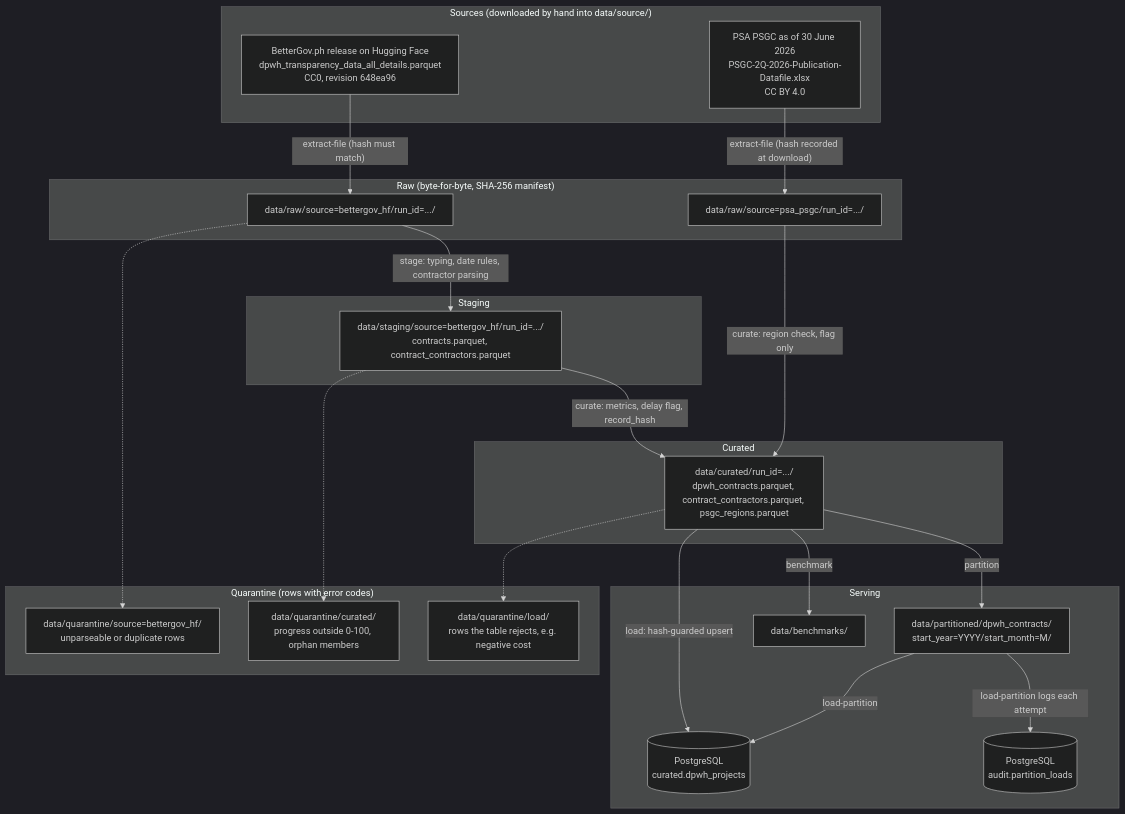
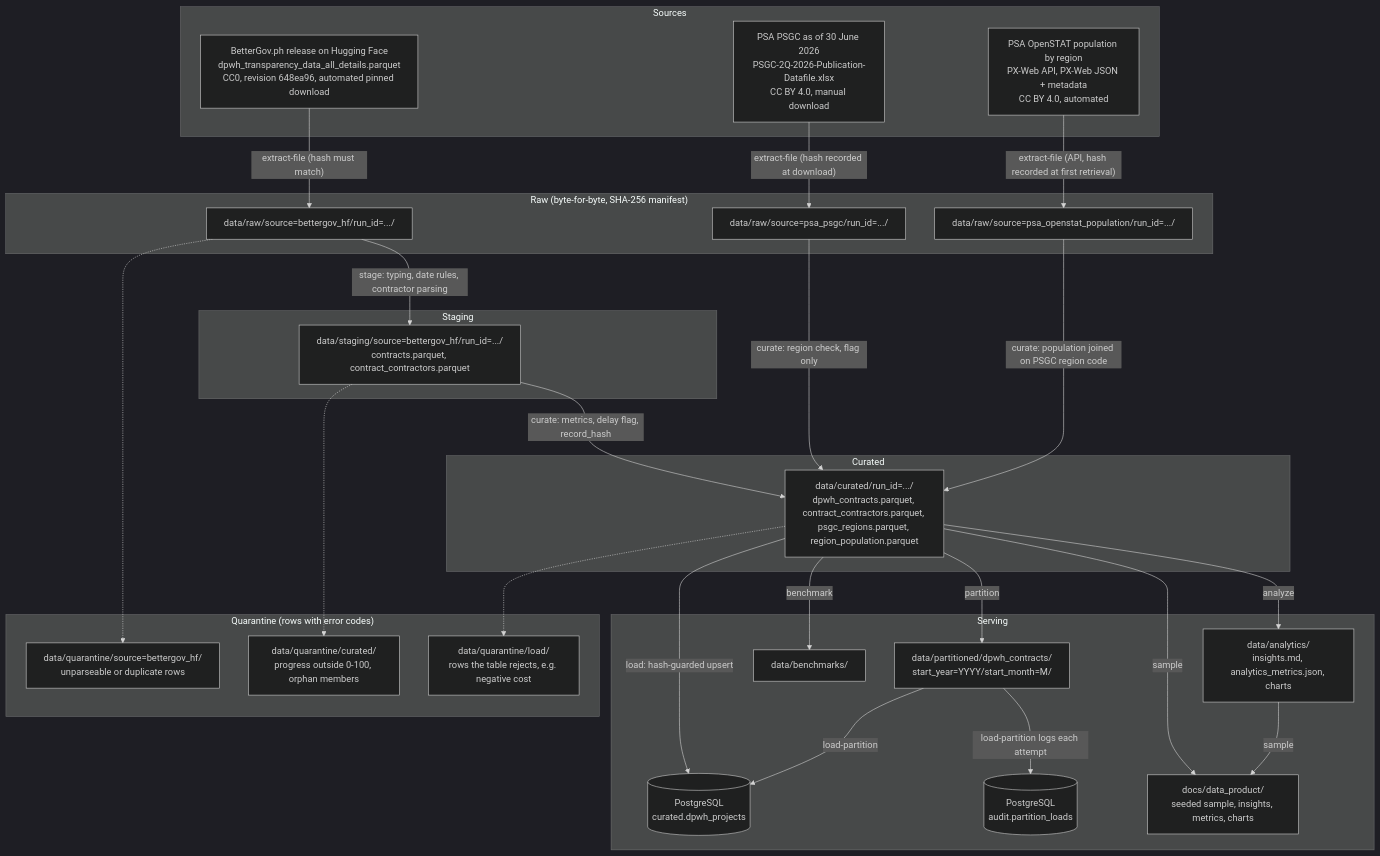
Before and after one commit to Vix54/DSS150P-Zeta-DPWH-Dataset: the diagram in docs/data_lineage.md, drawn with Mermaid (dark theme). The commit also changed other lines of this file and 7 other files, not shown here.

Commit message:
Risma - Docs - sources - v1.0.0 sources, contract, lineage and handoff

````diff
--- a/docs/data_lineage.md
+++ b/docs/data_lineage.md
@@ -7,47 +7,56 @@
 ```mermaid
 flowchart TD
-    subgraph Sources["Sources (downloaded by hand into data/source/)"]
-        S1["BetterGov.ph release on Hugging Face<br/>dpwh_transparency_data_all_details.parquet<br/>CC0, revision 648ea96"]
-        S2["PSA PSGC as of 30 June 2026<br/>PSGC-2Q-2026-Publication-Datafile.xlsx<br/>CC BY 4.0"]
+    subgraph Sources["Sources"]
+        S1["BetterGov.ph release on Hugging Face<br/>dpwh_transparency_data_all_details.parquet<br/>CC0, revision 648ea96, automated pinned download"]
+        S2["PSA PSGC as of 30 June 2026<br/>PSGC-2Q-2026-Publication-Datafile.xlsx<br/>CC BY 4.0, manual download"]
+        S3["PSA OpenSTAT population by region<br/>PX-Web API, PX-Web JSON + metadata<br/>CC BY 4.0, automated"]
     end
 
     subgraph Raw["Raw (byte-for-byte, SHA-256 manifest)"]
         R1["data/raw/source=bettergov_hf/run_id=.../"]
         R2["data/raw/source=psa_psgc/run_id=.../"]
+        R3["data/raw/source=psa_openstat_population/run_id=.../"]
     end
 
     subgraph Staging["Staging"]
         ST["data/staging/source=bettergov_hf/run_id=.../<br/>contracts.parquet, contract_contractors.parquet"]
     end
 
     subgraph Curated["Curated"]
-        C["data/curated/run_id=.../<br/>dpwh_contracts.parquet, contract_contractors.parquet, psgc_regions.parquet"]
+        C["data/curated/run_id=.../<br/>dpwh_contracts.parquet, contract_contractors.parquet, psgc_regions.parquet, region_population.parquet"]
     end
 
     subgraph Serving["Serving"]
         P["data/partitioned/dpwh_contracts/<br/>start_year=YYYY/start_month=M/"]
         DB[("PostgreSQL<br/>curated.dpwh_projects")]
         AU[("PostgreSQL<br/>audit.partition_loads")]
         B["data/benchmarks/"]
+        AN["data/analytics/<br/>insights.md, analytics_metrics.json, charts"]
+        DP["docs/data_product/<br/>seeded sample, insights, metrics, charts"]
     end
 
     subgraph Quarantine["Quarantine (rows with error codes)"]
         Q1["data/quarantine/source=bettergov_hf/<br/>unparseable or duplicate rows"]
         Q2["data/quarantine/curated/<br/>progress outside 0-100, orphan members"]
         Q3["data/quarantine/load/<br/>rows the table rejects, e.g. negative cost"]
     end
 
     S1 -->|"extract-file (hash must match)"| R1
     S2 -->|"extract-file (hash recorded at download)"| R2
+    S3 -->|"extract-file (API, hash recorded at first retrieval)"| R3
     R1 -->|"stage: typing, date rules, contractor parsing"| ST
     R1 -.-> Q1
     ST -->|"curate: metrics, delay flag, record_hash"| C
     R2 -->|"curate: region check, flag only"| C
+    R3 -->|"curate: population joined on PSGC region code"| C
     ST -.-> Q2
     C -->|"partition"| P
     C -->|"load: hash-guarded upsert"| DB
     P -->|"load-partition"| DB
     P -->|"load-partition logs each attempt"| AU
     C -.-> Q3
     C -->|"benchmark"| B
+    C -->|"analyze"| AN
+    C -->|"sample"| DP
+    AN -->|"sample"| DP
 ```
````
